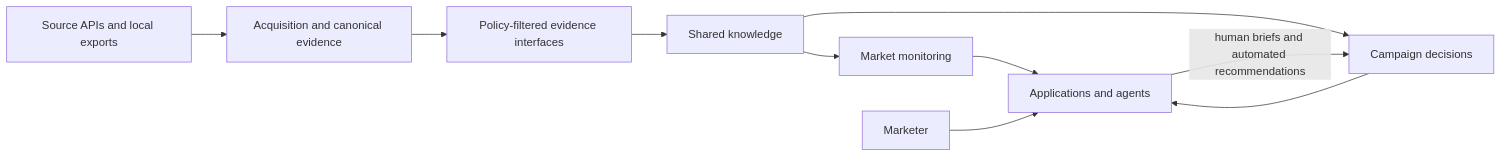
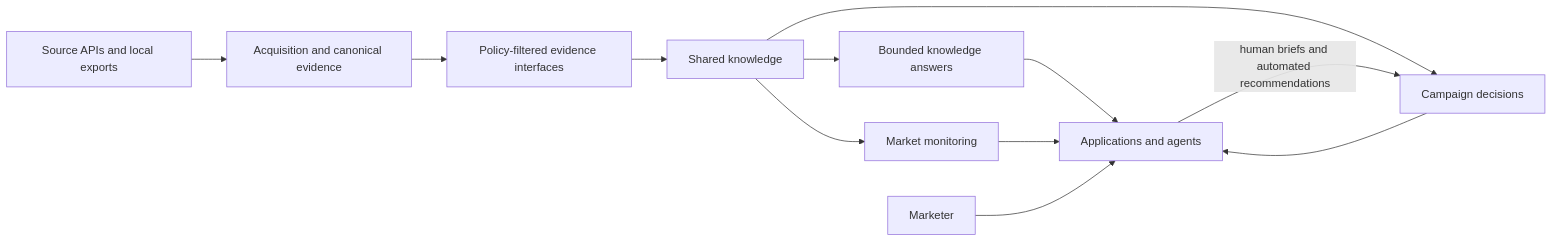
Before and after one commit to jinroylee/social-marketing-intelligence: the first of 4 diagrams in docs/architecture.md, drawn with Mermaid. The commit also changed other lines of this file and 30 other files, not shown here.

Commit message:
Answer bounded knowledge questions with exact permitted support

````diff
--- a/docs/architecture.md
+++ b/docs/architecture.md
@@ -7,12 +7,14 @@
 ```mermaid
 flowchart LR
     Sources[Source APIs and local exports] --> Acquisition[Acquisition and canonical evidence]
     Acquisition --> Evidence[Policy-filtered evidence interfaces]
     Evidence --> Knowledge[Shared knowledge]
     Knowledge --> Monitoring[Market monitoring]
     Knowledge --> Decisions[Campaign decisions]
+    Knowledge --> Answers[Bounded knowledge answers]
+    Answers --> App
     Monitoring --> App[Applications and agents]
     Decisions --> App
     Human[Marketer] --> App
     App -->|human briefs and automated recommendations| Decisions
 ```
````
